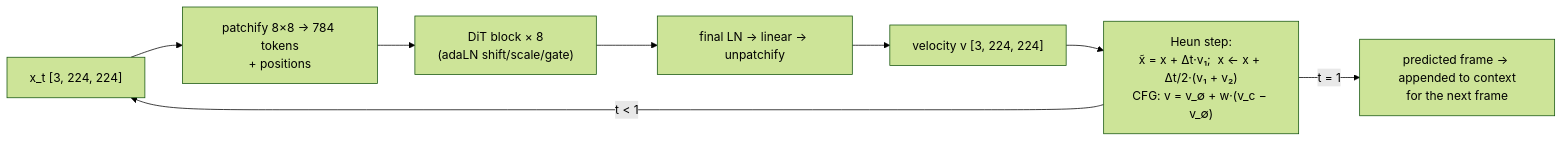
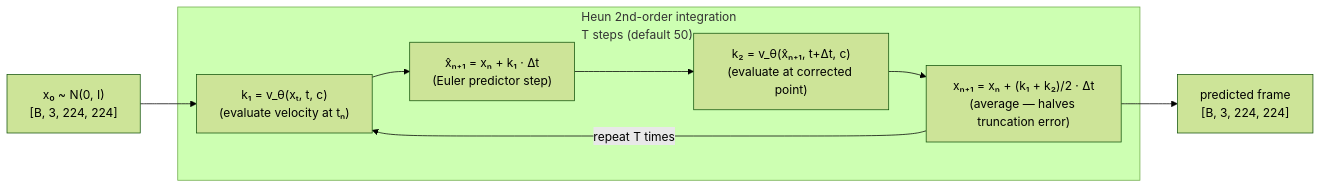
One commit to basaanithanaveenkumar/HALE-WAM changed the sixth of 8 diagrams in docs/architecture.md. Above: the diagram before and after it, drawn with Mermaid (forest theme). The commit also changed other lines of this file and 1 other file, not shown here.

First line of the commit message:
docs: add laymen Mermaid overview to README and expand architecture.md

````diff
--- a/docs/architecture.md
+++ b/docs/architecture.md
@@ -61,10 +175,15 @@
 ```mermaid
 flowchart LR
-  XN["x_t [3, 224, 224]"] --> PE["patchify 8×8 → 784 tokens<br/>+ positions"]
-  PE --> B1["DiT block × 8<br/>(adaLN shift/scale/gate)"]
-  B1 --> UP["final LN → linear → unpatchify"]
-  UP --> VEL["velocity v [3, 224, 224]"]
-  VEL --> HEUN["Heun step:<br/>x̃ = x + Δt·v₁;  x ← x + Δt/2·(v₁ + v₂)<br/>CFG: v = v_∅ + w·(v_c − v_∅)"]
-  HEUN -->|"t &lt; 1"| XN
-  HEUN -->|"t = 1"| OUT["predicted frame → appended to context<br/>for the next frame"]
+  NOISE["x₀ ~ N(0, I)\n[B, 3, 224, 224]"]
+  subgraph HEUN["Heun 2nd-order integration\nT steps (default 50)"]
+    PRED1["k₁ = v_θ(xₜ, t, c)\n(evaluate velocity at tₙ)"]
+    STEP1["x̂ₙ₊₁ = xₙ + k₁ · Δt\n(Euler predictor step)"]
+    PRED2["k₂ = v_θ(x̂ₙ₊₁, t+Δt, c)\n(evaluate at corrected point)"]
+    CORRECT["xₙ₊₁ = xₙ + (k₁ + k₂)/2 · Δt\n(average — halves truncation error)"]
+  end
+  FRAME["predicted frame\n[B, 3, 224, 224]"]
+
+  NOISE --> PRED1 --> STEP1 --> PRED2 --> CORRECT
+  CORRECT -->|"repeat T times"| PRED1
+  CORRECT --> FRAME
 ```
````
